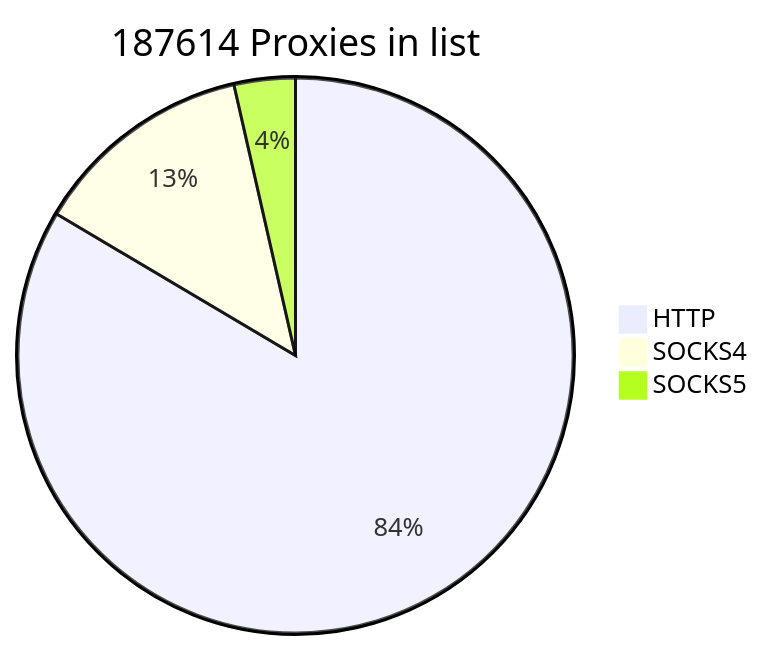
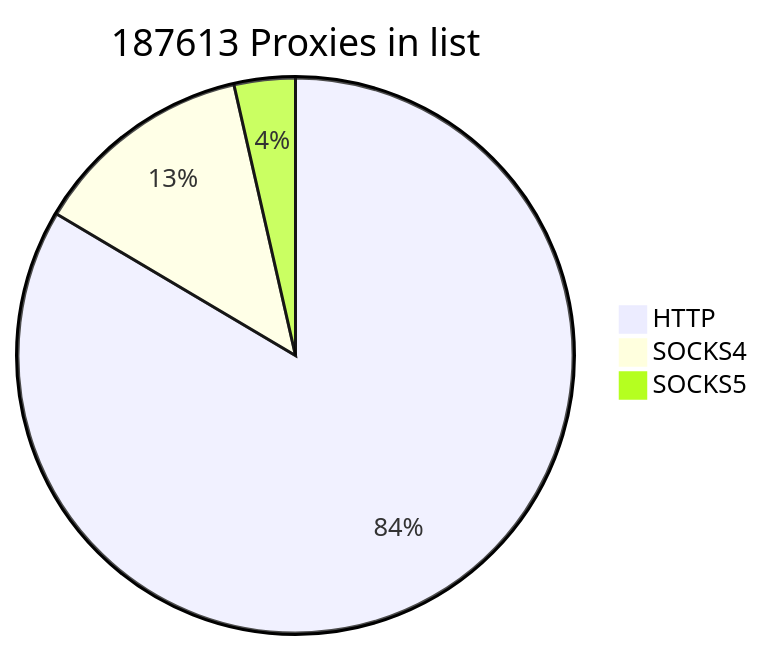
The first of 2 diagrams in README.md (cutipu/proxylist), drawn with Mermaid before and after one commit. The commit also changed other lines of this file, not shown here.

````diff
--- a/README.md
+++ b/README.md
@@ -2,7 +2,7 @@
 ```mermaid
-pie title 187614 Proxies in list
+pie title 187613 Proxies in list
     "HTTP" : 156679
-    "SOCKS4" : 24258
+    "SOCKS4" : 24257
     "SOCKS5" : 6677
             
 ```
````
